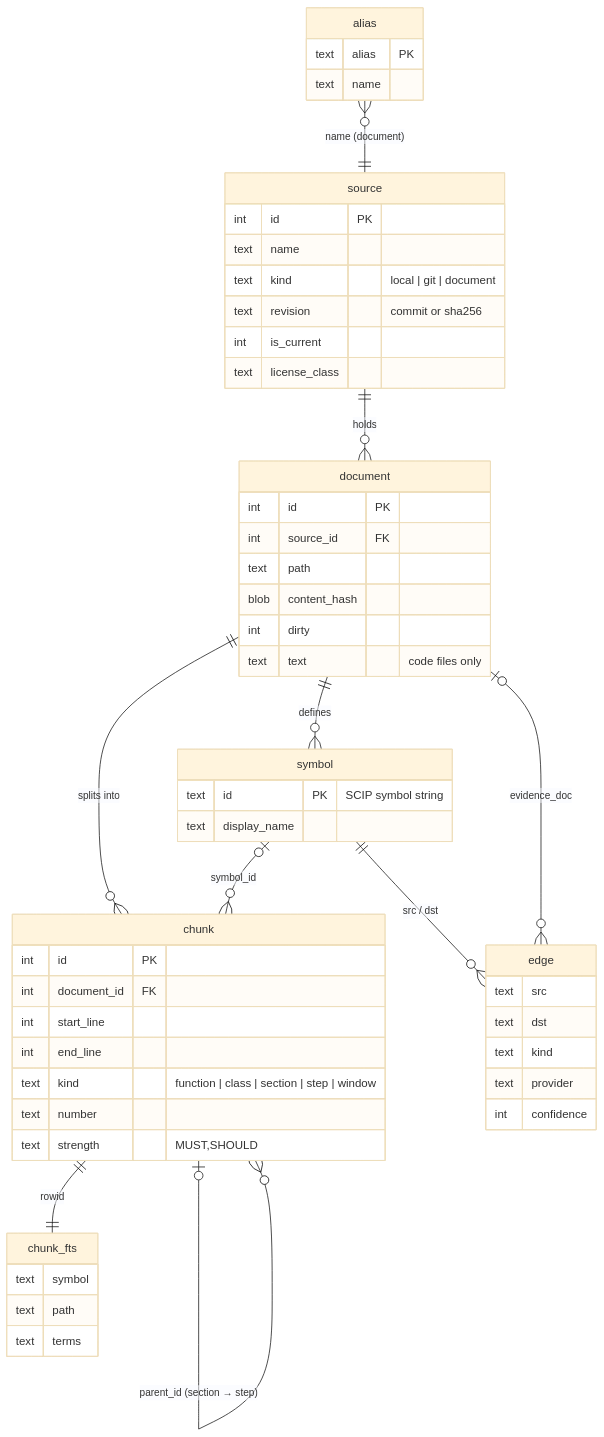
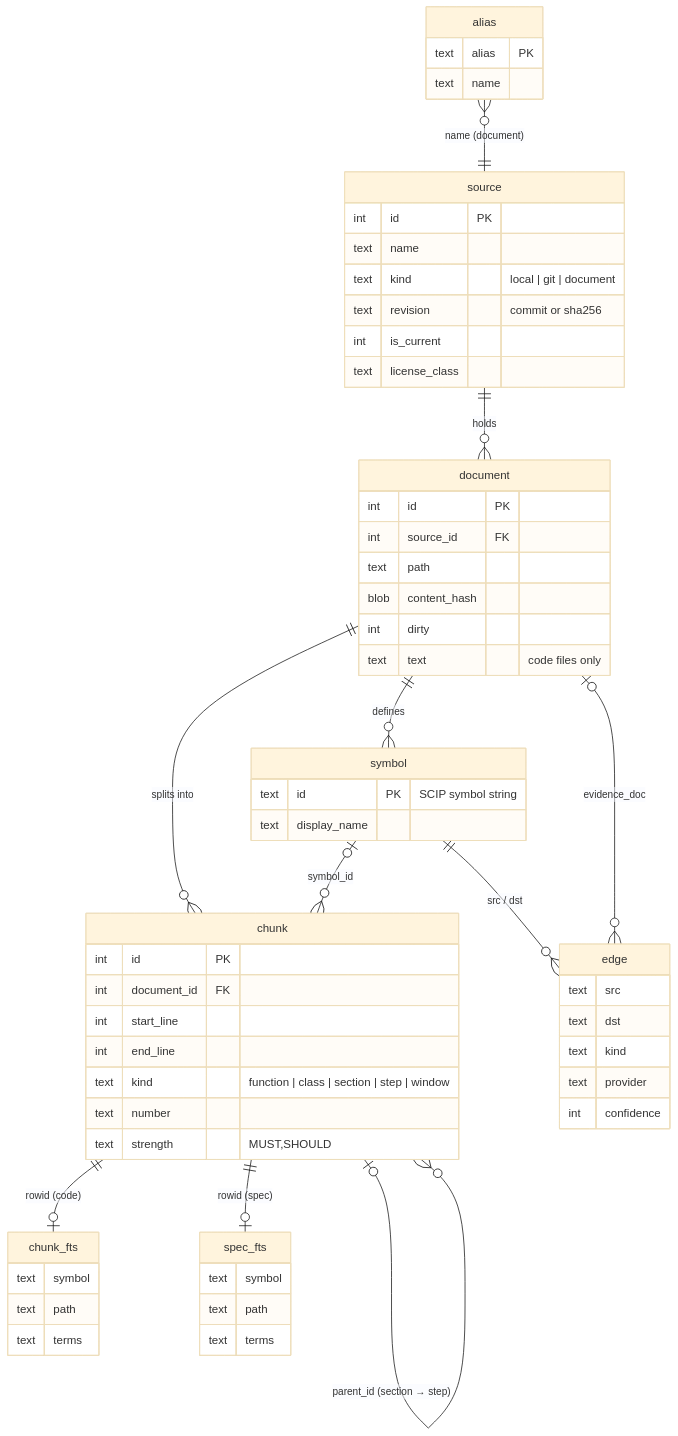
The fifth of 5 diagrams in docs/design.md (jamescrowley321/codecite), drawn with Mermaid (base theme) before and after one commit. The commit also changed other lines of this file and 5 other files, not shown here.

First line of the commit message:
feat(index): stem spec text and drop query stopwords

````diff
--- a/docs/design.md
+++ b/docs/design.md
@@ -207,57 +213,63 @@
 ```mermaid
 erDiagram
   source ||--o{ document : "holds"
   document ||--o{ chunk : "splits into"
   document ||--o{ symbol : "defines"
   chunk |o--o{ chunk : "parent_id (section → step)"
   symbol |o--o{ chunk : "symbol_id"
-  chunk ||--|| chunk_fts : "rowid"
+  chunk ||--o| chunk_fts : "rowid (code)"
+  chunk ||--o| spec_fts : "rowid (spec)"
   symbol ||--o{ edge : "src / dst"
   document |o--o{ edge : "evidence_doc"
   alias }o--|| source : "name (document)"
   source {
     int id PK
     text name
     text kind "local | git | document"
     text revision "commit or sha256"
     int is_current
     text license_class
   }
   document {
     int id PK
     int source_id FK
     text path
     blob content_hash
     int dirty
     text text "code files only"
   }
   chunk {
     int id PK
     int document_id FK
     int start_line
     int end_line
     text kind "function | class | section | step | window"
     text number
     text strength "MUST,SHOULD"
   }
   symbol {
     text id PK "SCIP symbol string"
     text display_name
   }
   edge {
     text src
     text dst
     text kind
     text provider
     int confidence
   }
   alias {
     text alias PK
     text name
   }
   chunk_fts {
     text symbol
     text path
     text terms
   }
+  spec_fts {
+    text symbol
+    text path
+    text terms
+  }
 ```
````
